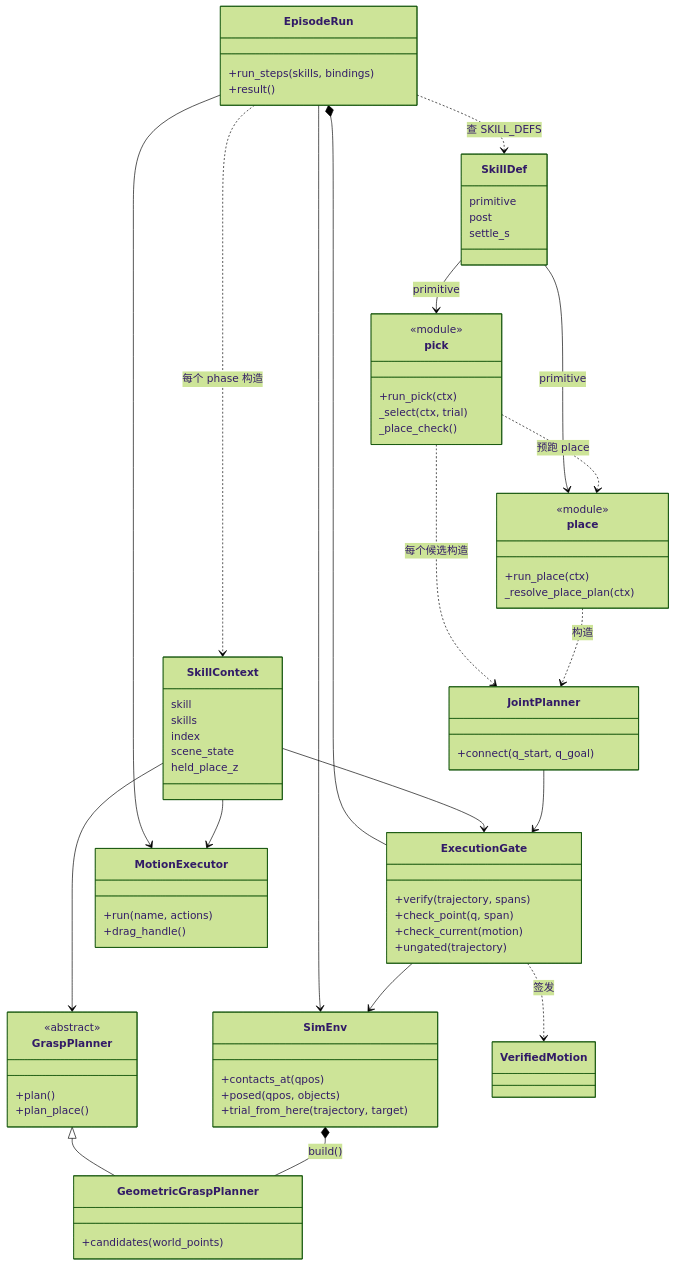
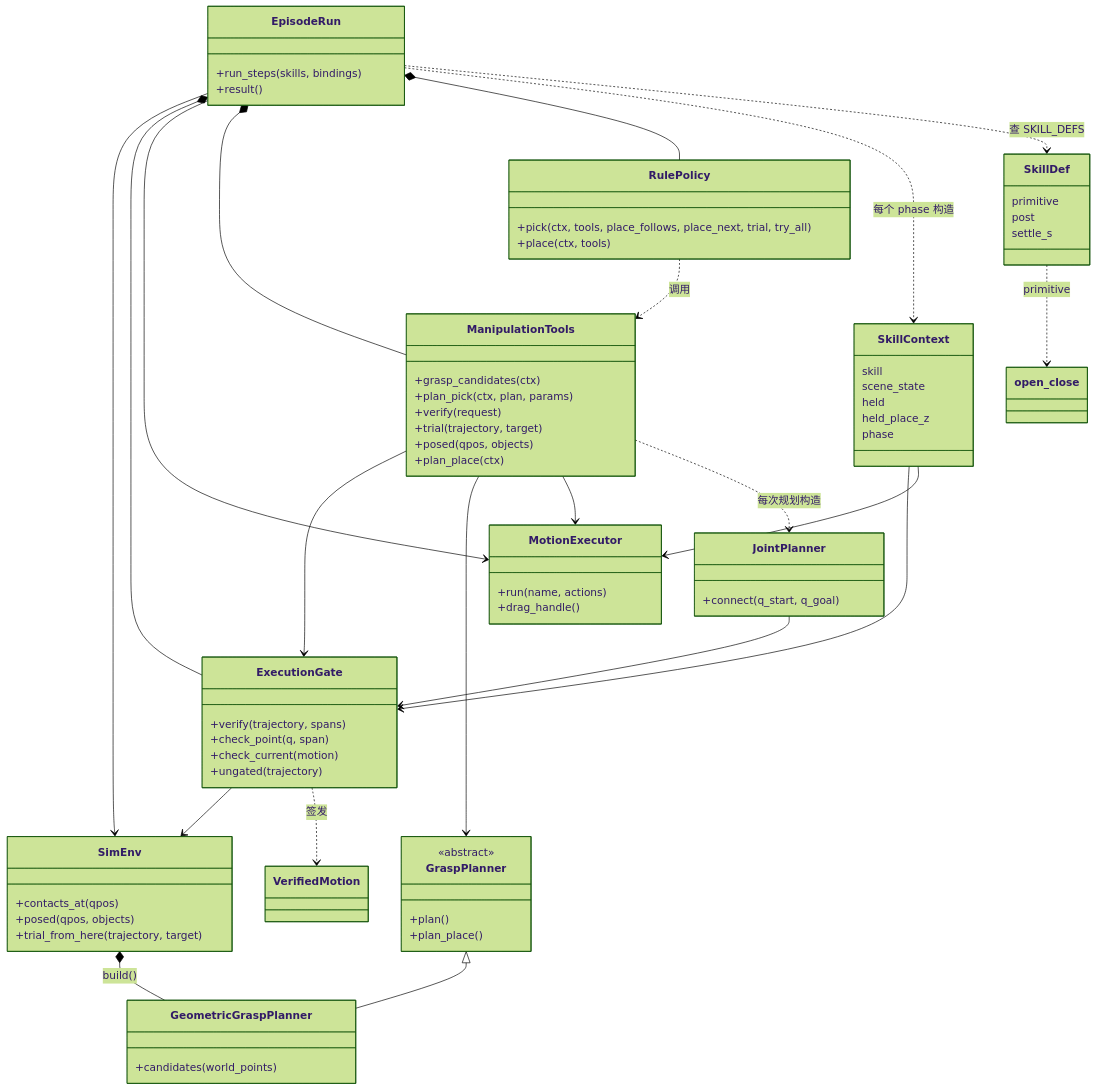
One commit to ZJLi2013/RoboSmith changed the first of 5 diagrams in docs/call-chain.md. Above: the diagram before and after it, drawn with Mermaid (forest theme). The commit also changed other lines of this file and 13 other files, not shown here.

Commit message:
skills: pick and place are a rule policy over manipulation tools, and the runner passes each step what follows it and how to trial

````diff
--- a/docs/call-chain.md
+++ b/docs/call-chain.md
@@ -23,76 +23,79 @@
 ```mermaid
 classDiagram
     class EpisodeRun {
         +run_steps(skills, bindings)
         +result()
     }
     class SkillContext {
         skill
-        skills
-        index
         scene_state
+        held
         held_place_z
+        phase
     }
     class SkillDef {
         primitive
         post
         settle_s
     }
-    class pick {
-        <<module>>
-        +run_pick(ctx)
-        _select(ctx, trial)
-        _place_check()
+    class RulePolicy {
+        +pick(ctx, tools, place_follows, place_next, trial, try_all)
+        +place(ctx, tools)
     }
-    class place {
-        <<module>>
-        +run_place(ctx)
-        _resolve_place_plan(ctx)
+    class ManipulationTools {
+        +grasp_candidates(ctx)
+        +plan_pick(ctx, plan, params)
+        +verify(request)
+        +trial(trajectory, target)
+        +posed(qpos, objects)
+        +plan_place(ctx)
     }
     class GraspPlanner {
         <<abstract>>
         +plan()
         +plan_place()
     }
     class GeometricGraspPlanner {
         +candidates(world_points)
     }
     class ExecutionGate {
         +verify(trajectory, spans)
         +check_point(q, span)
         +check_current(motion)
         +ungated(trajectory)
     }
     class JointPlanner {
         +connect(q_start, q_goal)
     }
     class MotionExecutor {
         +run(name, actions)
         +drag_handle()
     }
     class SimEnv {
         +contacts_at(qpos)
         +posed(qpos, objects)
         +trial_from_here(trajectory, target)
     }
     class VerifiedMotion
 
     EpisodeRun --> SimEnv
     EpisodeRun *-- ExecutionGate
     EpisodeRun --> MotionExecutor
+    EpisodeRun *-- ManipulationTools
+    EpisodeRun *-- RulePolicy
     EpisodeRun ..> SkillContext : 每个 phase 构造
     EpisodeRun ..> SkillDef : 查 SKILL_DEFS
-    SkillDef --> pick : primitive
-    SkillDef --> place : primitive
+    SkillDef ..> open_close : primitive
+    RulePolicy ..> ManipulationTools : 调用
+    ManipulationTools --> ExecutionGate
+    ManipulationTools --> GraspPlanner
+    ManipulationTools --> MotionExecutor
+    ManipulationTools ..> JointPlanner : 每次规划构造
     SkillContext --> ExecutionGate
-    SkillContext --> GraspPlanner
     SkillContext --> MotionExecutor
     GraspPlanner <|-- GeometricGraspPlanner
     SimEnv *-- GeometricGraspPlanner : build()
     ExecutionGate --> SimEnv
-    pick ..> JointPlanner : 每个候选构造
-    place ..> JointPlanner : 构造
-    pick ..> place : 预跑 place
     JointPlanner --> ExecutionGate
     ExecutionGate ..> VerifiedMotion : 签发
 ```
````
